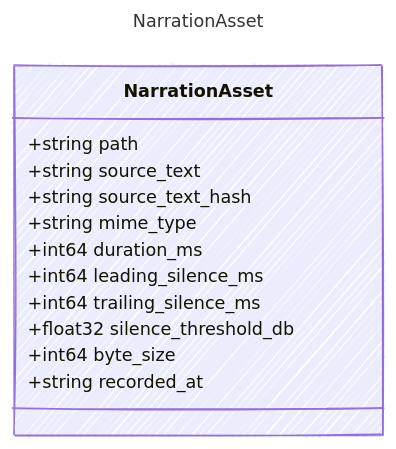
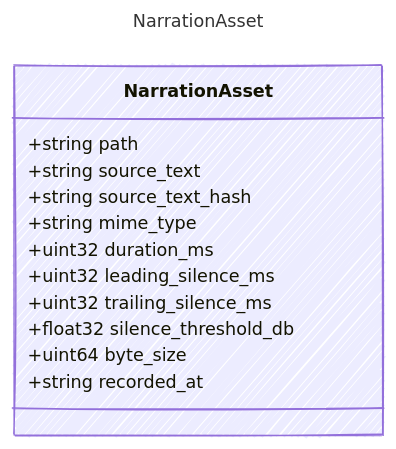
One commit to sethjuarez/cutready changed the diagram in contracts/generated/markdown/NarrationAsset.md. Above: the diagram before and after it, drawn with Mermaid. The commit also changed other lines of this file and 41 other files, not shown here.

````diff
--- a/contracts/generated/markdown/NarrationAsset.md
+++ b/contracts/generated/markdown/NarrationAsset.md
@@ -12,23 +12,23 @@
 ```mermaid
 ---
 title: NarrationAsset
 config:
   look: handDrawn
   theme: colorful
   class:
     hideEmptyMembersBox: true
 ---
 classDiagram
     class NarrationAsset {
         +string path
         +string source_text
         +string source_text_hash
         +string mime_type
-        +int64 duration_ms
-        +int64 leading_silence_ms
-        +int64 trailing_silence_ms
+        +uint32 duration_ms
+        +uint32 leading_silence_ms
+        +uint32 trailing_silence_ms
         +float32 silence_threshold_db
-        +int64 byte_size
+        +uint64 byte_size
         +string recorded_at
     }
 ```
````
